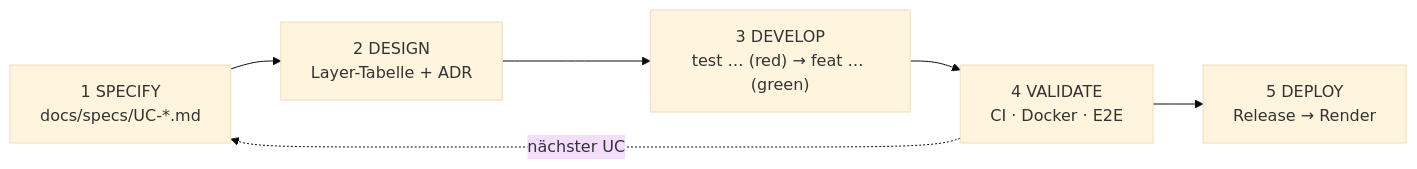
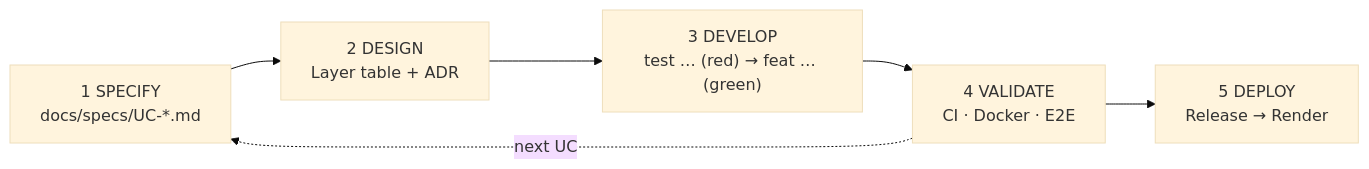
One commit to jasin-jusufi/fairshare changed the fourth of 5 diagrams in README.md. Above: the diagram before and after it, drawn with Mermaid (base theme). The commit also changed other lines of this file and 5 other files, not shown here.

````diff
--- a/README.md
+++ b/README.md
@@ -193,8 +192,8 @@
 ```mermaid
 flowchart LR
-    S["1 SPECIFY<br/>docs/specs/UC-*.md"] --> D["2 DESIGN<br/>Layer-Tabelle + ADR"]
+    S["1 SPECIFY<br/>docs/specs/UC-*.md"] --> D["2 DESIGN<br/>Layer table + ADR"]
     D --> T["3 DEVELOP<br/>test … (red) → feat … (green)"]
     T --> V["4 VALIDATE<br/>CI · Docker · E2E"]
     V --> P["5 DEPLOY<br/>Release → Render"]
-    V -. nächster UC .-> S
+    V -. next UC .-> S
 ```
````
